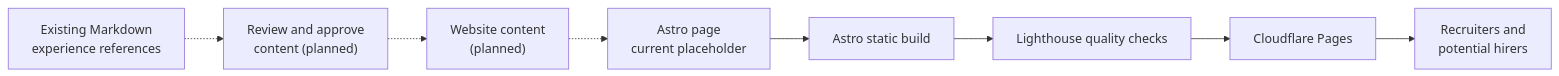
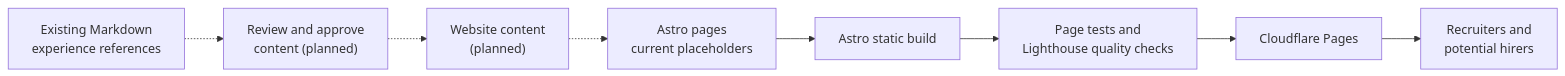
The second of 2 diagrams in README.MD (6210/dfpf-26-27), drawn with Mermaid before and after one commit. The commit also changed other lines of this file and 10 other files, not shown here.

````diff
--- a/README.MD
+++ b/README.MD
@@ -148,16 +153,16 @@
 ```mermaid
 flowchart LR
     Docs["Existing Markdown<br/>experience references"]
     Review["Review and approve<br/>content (planned)"]
     Content["Website content<br/>(planned)"]
-    Page["Astro page<br/>current placeholder"]
+    Page["Astro pages<br/>current placeholders"]
     Build["Astro static build"]
-    Checks["Lighthouse quality checks"]
+    Checks["Page tests and<br/>Lighthouse quality checks"]
     Deploy["Cloudflare Pages"]
     Site["Recruiters and<br/>potential hirers"]
 
     Docs -.-> Review
     Review -.-> Content
     Content -.-> Page
     Page --> Build --> Checks --> Deploy --> Site
 ```
````
